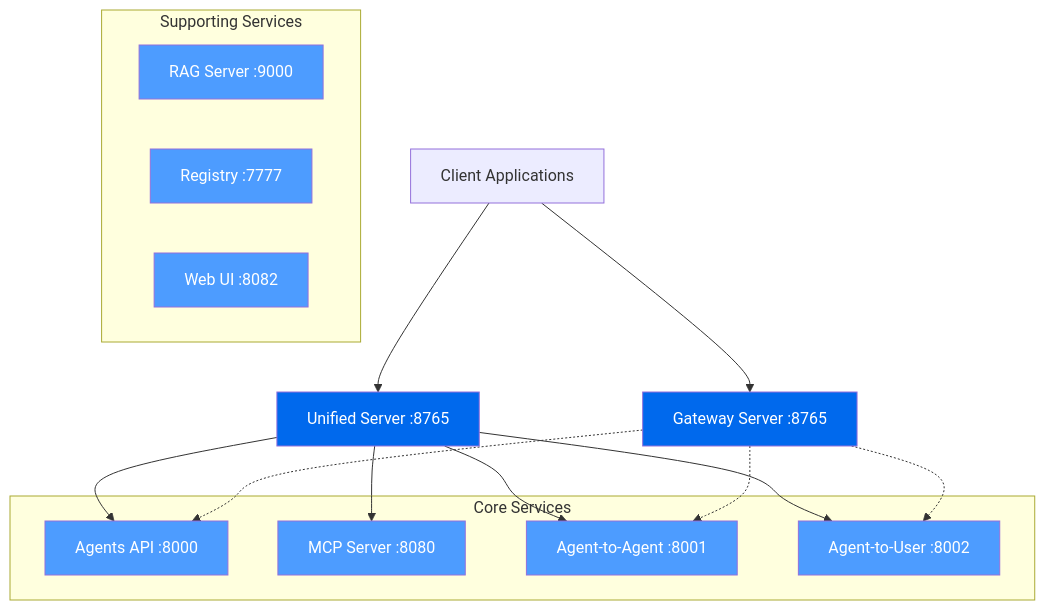
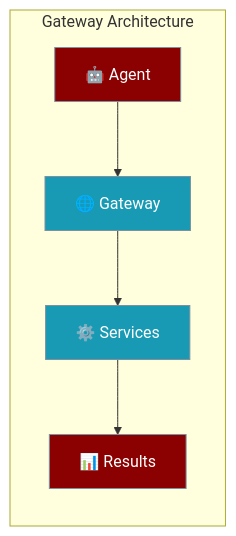
Before and after one commit to MervinPraison/PraisonAIDocs: the first of 2 diagrams in docs/gateway.mdx, drawn with Mermaid. The commit also changed other lines of this file, not shown here.

First line of the commit message:
docs: fix gateway documentation to comply with AGENTS.md standards

````diff
--- a/docs/gateway.mdx
+++ b/docs/gateway.mdx
@@ -18,36 +10,18 @@
 ```mermaid
-graph TB
-    Client[Client Applications]
-    Gateway[Gateway Server :8765]
-    Unified[Unified Server :8765]
-    
-    subgraph "Core Services"
-        Agents[Agents API :8000]
-        MCP[MCP Server :8080]
-        A2A[Agent-to-Agent :8001]
-        A2U[Agent-to-User :8002]
+graph LR
+    subgraph "Gateway Architecture"
+        Agent[🤖 Agent] --> Gateway[🌐 Gateway]
+        Gateway --> Services[⚙️ Services]
+        Services --> Output[📊 Results]
     end
     
-    subgraph "Supporting Services"
-        RAG[RAG Server :9000]
-        Registry[Registry :7777]
-        UI[Web UI :8082]
-    end
+    classDef agent fill:#8B0000,stroke:#7C90A0,color:#fff
+    classDef gateway fill:#189AB4,stroke:#7C90A0,color:#fff
+    classDef services fill:#189AB4,stroke:#7C90A0,color:#fff
+    classDef output fill:#8B0000,stroke:#7C90A0,color:#fff
     
-    Client --> Gateway
-    Client --> Unified
-    Unified --> Agents
-    Unified --> MCP
-    Unified --> A2A
-    Unified --> A2U
-    
-    Gateway -.-> Agents
-    Gateway -.-> A2A
-    Gateway -.-> A2U
-    
-    classDef primary fill:#0069ED,color:#fff
-    classDef secondary fill:#4D9CFF,color:#fff
-    
-    class Gateway,Unified primary
-    class Agents,MCP,A2A,A2U,RAG,Registry,UI secondary
+    class Agent agent
+    class Gateway gateway
+    class Services services
+    class Output output
 ```
````
